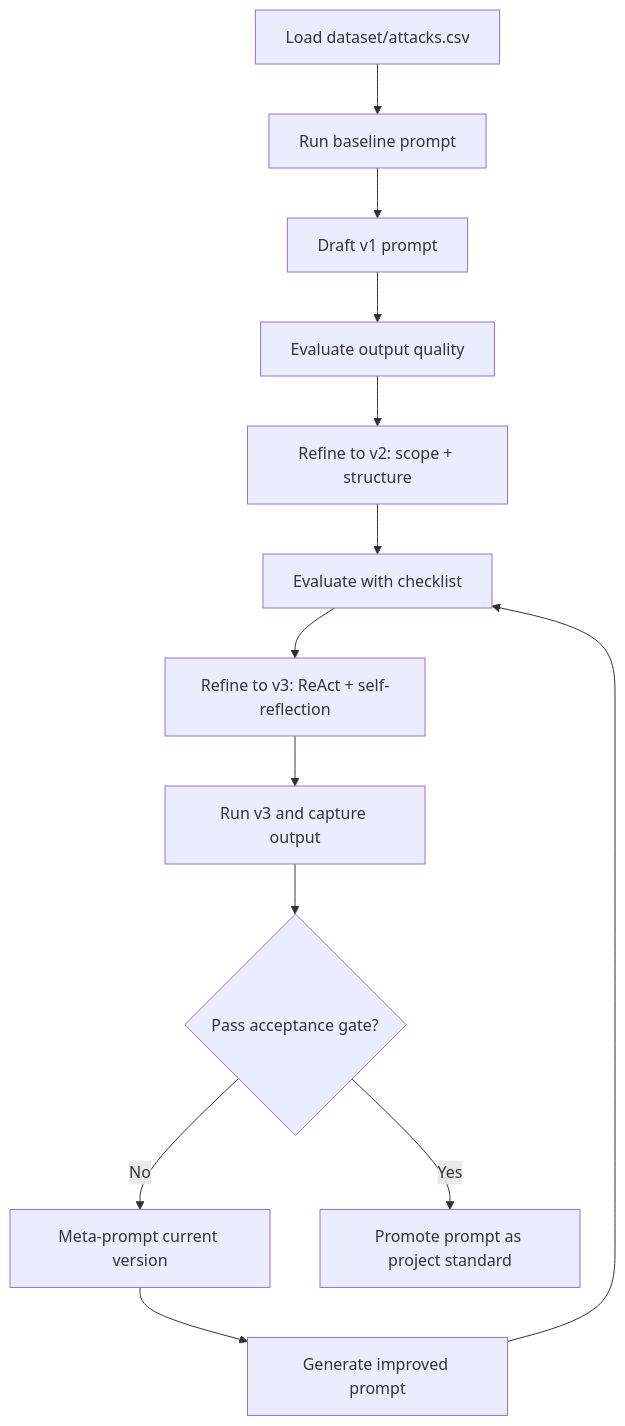
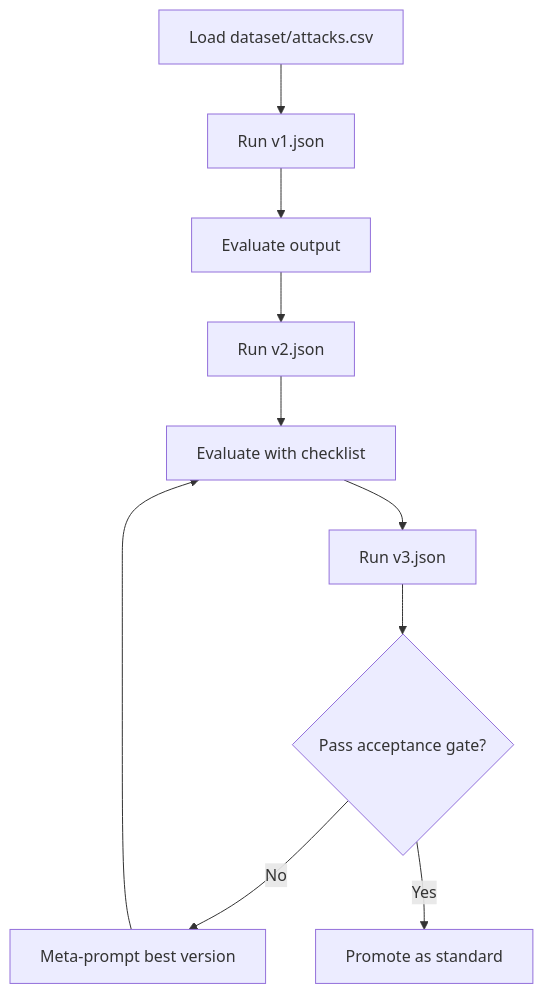
One commit to AntonRyzhkou1988/prompt-engineering changed the diagram in README.md. Above: the diagram before and after it, drawn with Mermaid. The commit also changed other lines of this file and 5 other files, not shown here.

````diff
--- a/README.md
+++ b/README.md
@@ -58,15 +91,12 @@
 ```mermaid
 flowchart TD
-    A[Load dataset/attacks.csv] --> B[Run baseline prompt]
-    B --> C[Draft v1 prompt]
-    C --> D[Evaluate output quality]
-    D --> E[Refine to v2: scope + structure]
-    E --> F[Evaluate with checklist]
-    F --> G[Refine to v3: ReAct + self-reflection]
-    G --> H[Run v3 and capture output]
-    H --> I{Pass acceptance gate?}
-    I -- No --> J[Meta-prompt current version]
-    J --> K[Generate improved prompt]
-    K --> F
-    I -- Yes --> L[Promote prompt as project standard]
+    A[Load dataset/attacks.csv] --> B[Run v1.json]
+    B --> C[Evaluate output]
+    C --> D[Run v2.json]
+    D --> E[Evaluate with checklist]
+    E --> F[Run v3.json]
+    F --> G{Pass acceptance gate?}
+    G -- No --> H[Meta-prompt best version]
+    H --> E
+    G -- Yes --> I[Promote as standard]
 ```
````
